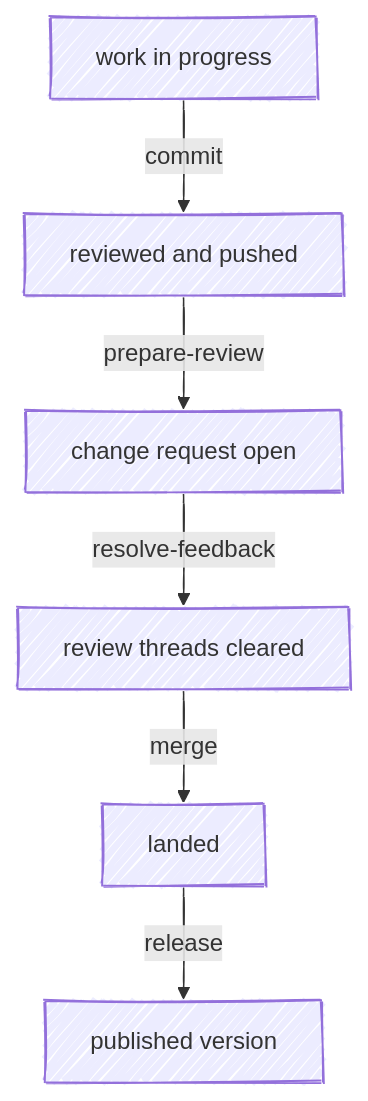
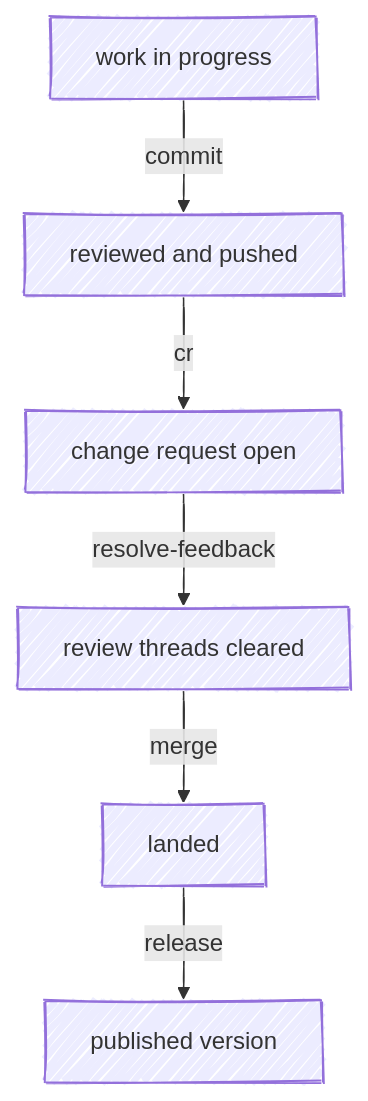
Before and after one commit to chris-peterson/anchor: the diagram in docs/whats-new.md, drawn with Mermaid. The commit also changed other lines of this file and 35 other files, not shown here.

````diff
--- a/docs/whats-new.md
+++ b/docs/whats-new.md
@@ -11,9 +11,9 @@
 ```mermaid
 %%{ init: { 'look': 'handDrawn' } }%%
 flowchart TD
     WIP["work in progress"] -->|commit| Pushed["reviewed and pushed"]
-    Pushed -->|prepare-review| Forge["change request open"]
+    Pushed -->|cr| Forge["change request open"]
     Forge -->|resolve-feedback| Cleared["review threads cleared"]
     Cleared -->|merge| Landed["landed"]
     Landed -->|release| Shipped["published version"]
 ```
````
